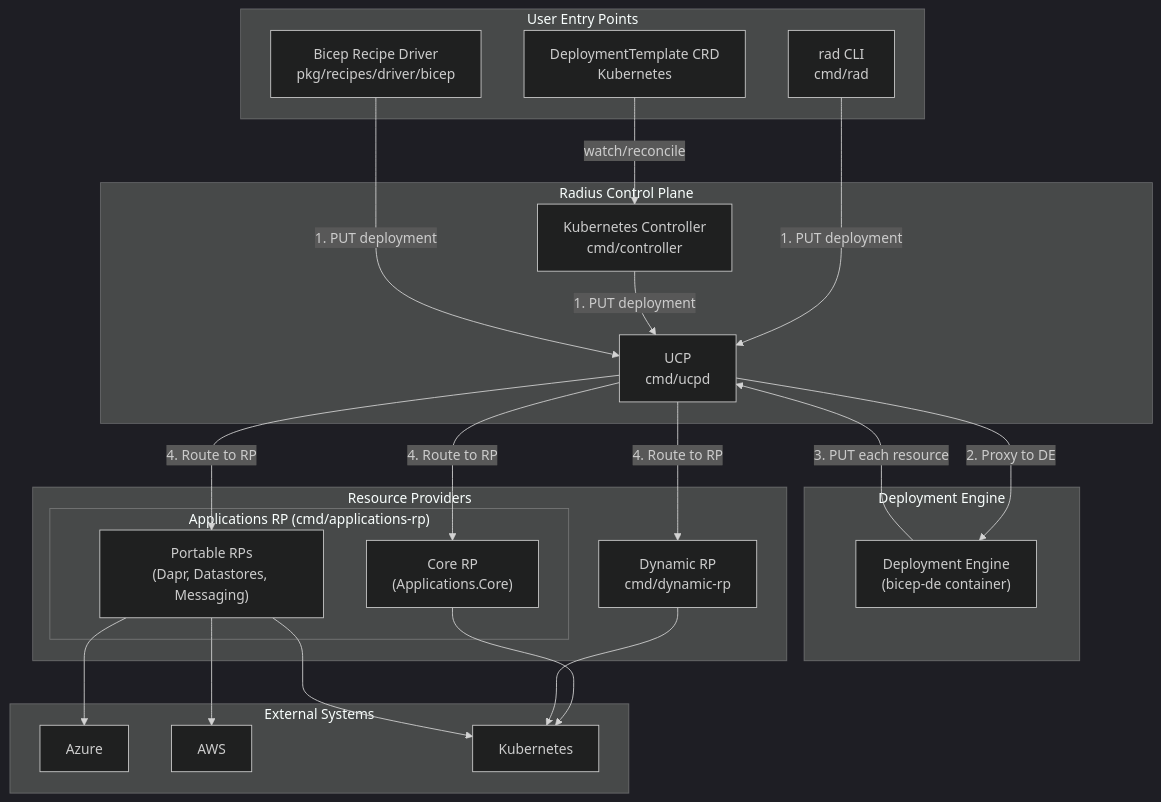
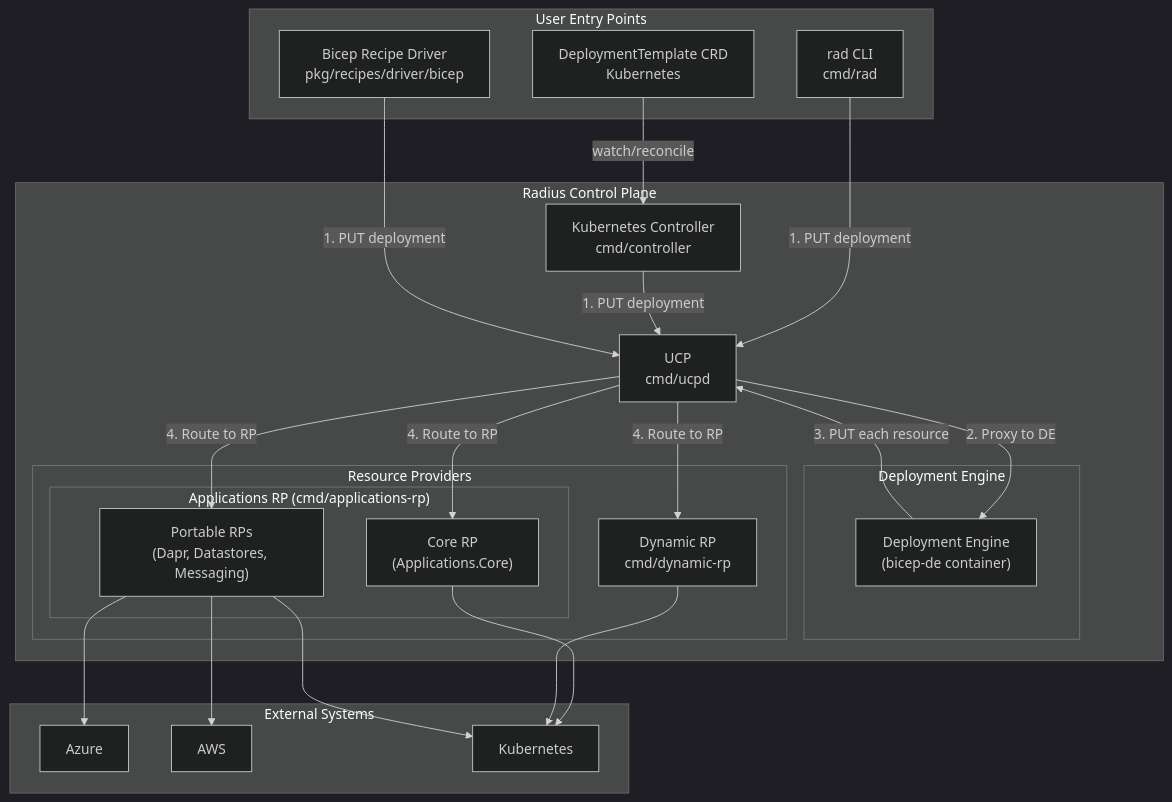
The first of 8 diagrams in docs/architecture/deployment-engine.md (radius-project/radius), drawn with Mermaid (dark theme) before and after one commit. The commit also changed other lines of this file, not shown here.

````diff
--- a/docs/architecture/deployment-engine.md
+++ b/docs/architecture/deployment-engine.md
@@ -13,46 +12,46 @@
 ```mermaid
 graph TD
     subgraph "User Entry Points"
         CLI["rad CLI<br/>cmd/rad"]
         K8sCRD["DeploymentTemplate CRD<br/>Kubernetes"]
         RecipeEntry["Bicep Recipe Driver<br/>pkg/recipes/driver/bicep"]
     end
 
     subgraph "Radius Control Plane"
         UCP["UCP<br/>cmd/ucpd"]
         Controller["Kubernetes Controller<br/>cmd/controller"]
-    end
 
-    subgraph "Deployment Engine"
-        DE["Deployment Engine<br/>(bicep-de container)"]
-    end
+        subgraph "Deployment Engine"
+            DE["Deployment Engine<br/>(bicep-de container)"]
+        end
 
-    subgraph "Resource Providers"
-        subgraph "Applications RP (cmd/applications-rp)"
-            CoreRP["Core RP<br/>(Applications.Core)"]
-            PortableRP["Portable RPs<br/>(Dapr, Datastores, Messaging)"]
+        subgraph "Resource Providers"
+            subgraph "Applications RP (cmd/applications-rp)"
+                CoreRP["Core RP<br/>(Applications.Core)"]
+                PortableRP["Portable RPs<br/>(Dapr, Datastores, Messaging)"]
+            end
+            DynRP["Dynamic RP<br/>cmd/dynamic-rp"]
         end
-        DynRP["Dynamic RP<br/>cmd/dynamic-rp"]
     end
 
     subgraph "External Systems"
         Azure["Azure"]
         AWS["AWS"]
         K8s["Kubernetes"]
     end
 
     K8sCRD -->|"watch/reconcile"| Controller
     CLI -->|"1. PUT deployment"| UCP
     Controller -->|"1. PUT deployment"| UCP
     RecipeEntry -->|"1. PUT deployment"| UCP
     UCP -->|"2. Proxy to DE"| DE
     DE -->|"3. PUT each resource"| UCP
     UCP -->|"4. Route to RP"| CoreRP
     UCP -->|"4. Route to RP"| DynRP
     UCP -->|"4. Route to RP"| PortableRP
     CoreRP --> K8s
     DynRP --> K8s
     PortableRP --> Azure
     PortableRP --> AWS
     PortableRP --> K8s
 ```
````
